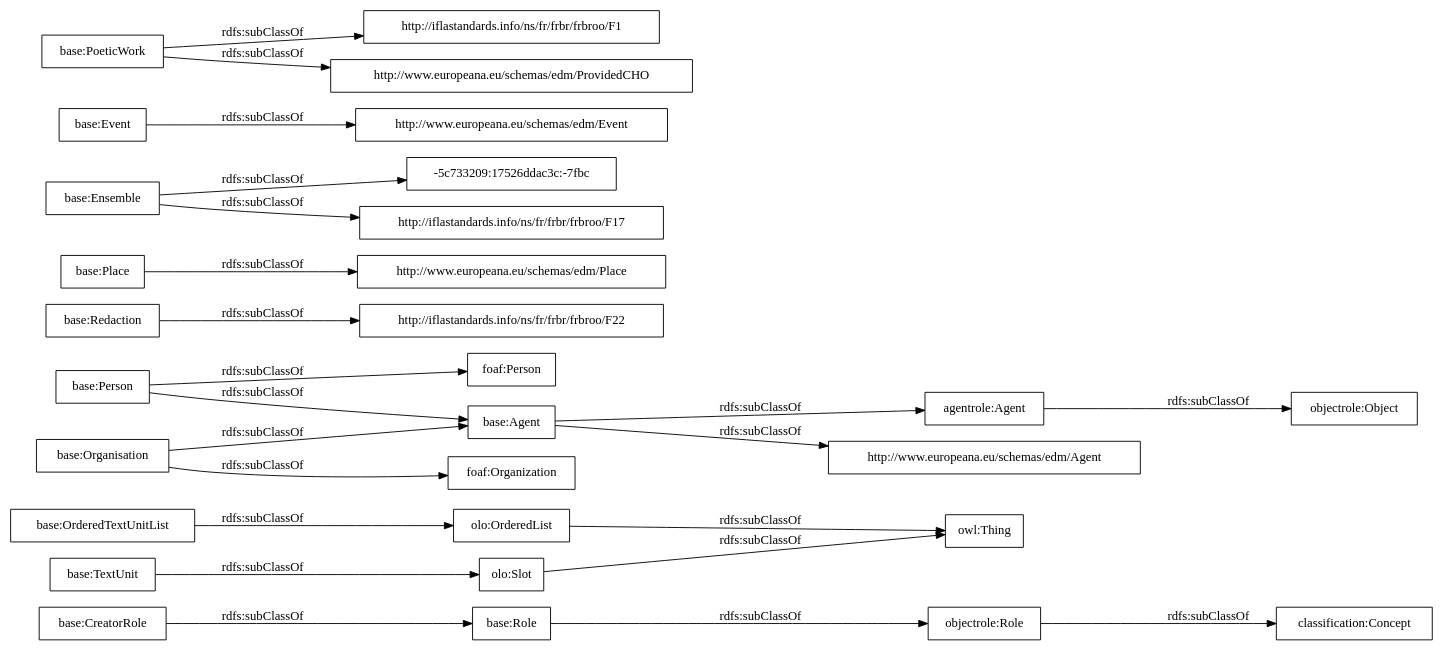
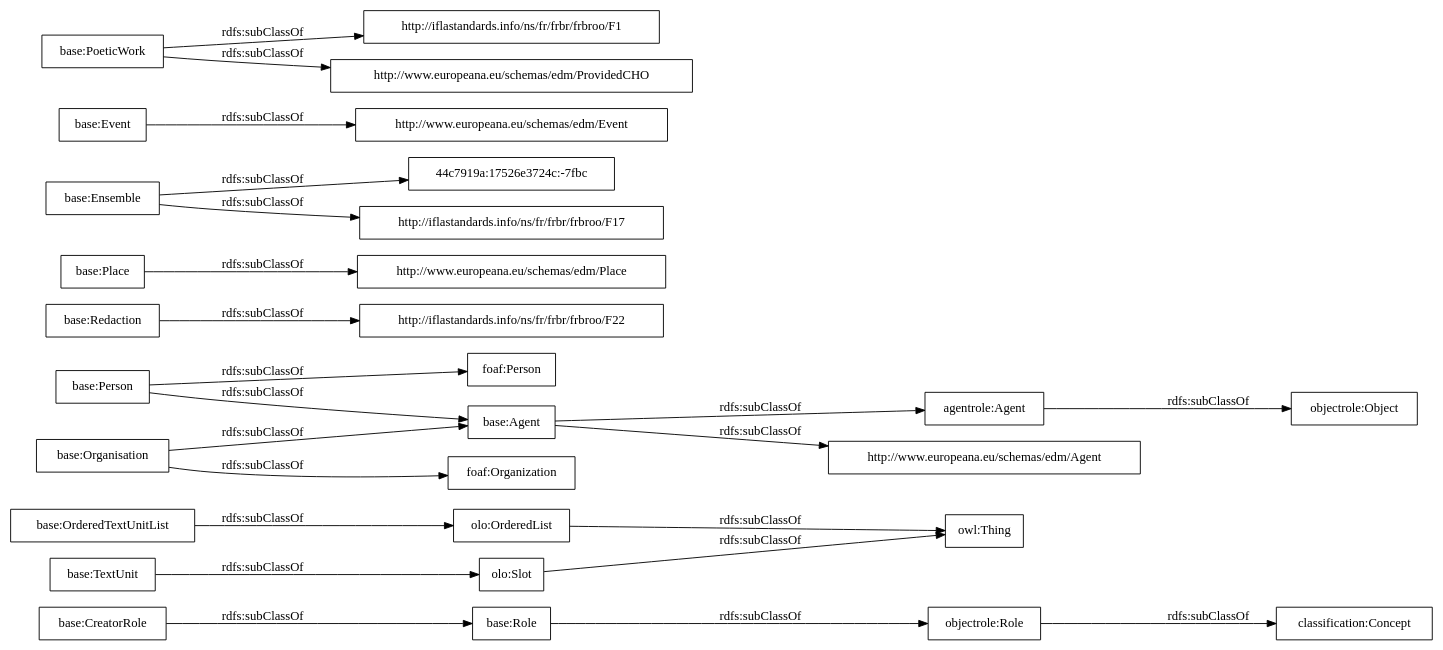
One commit to OnToologyUser/core-ontology-1 changed the diagram in OnToology/postdata-core.owl/diagrams/ar2dtool-taxonomy/postdata-core.owl.png.dot. Above: the diagram before and after it, drawn with Graphviz. The commit also changed 14 other files, not shown here.

```diff
--- a/OnToology/postdata-core.owl/diagrams/ar2dtool-taxonomy/postdata-core.owl.png.dot
+++ b/OnToology/postdata-core.owl/diagrams/ar2dtool-taxonomy/postdata-core.owl.png.dot
@@ -1,27 +1,27 @@
 digraph ar2dtool_diagram { 
 rankdir=LR;
 size="1000"
-node [shape = rectangle, color="black"]; "base:Role" "base:OrderedTextUnitList" "agentrole:Agent" "http://iflastandards.info/ns/fr/frbr/frbroo/F22" "http://www.europeana.eu/schemas/edm/Agent" "base:Agent" "base:CreatorRole" "base:Person" "base:Organisation" "http://www.europeana.eu/schemas/edm/Place" "base:Redaction" "base:Ensemble" "foaf:Person" "http://www.europeana.eu/schemas/edm/Event" "base:TextUnit" "http://iflastandards.info/ns/fr/frbr/frbroo/F1" "foaf:Organization" "-5c733209:17526ddac3c:-7fbc" "http://www.europeana.eu/schemas/edm/ProvidedCHO" "base:Place" "base:Event" "base:PoeticWork" "http://iflastandards.info/ns/fr/frbr/frbroo/F17" "owl:Thing" "objectrole:Role" "objectrole:Object" "olo:Slot" "olo:OrderedList" "classification:Concept" ; /*classes style*/
+node [shape = rectangle, color="black"]; "base:Role" "base:OrderedTextUnitList" "agentrole:Agent" "http://iflastandards.info/ns/fr/frbr/frbroo/F22" "http://www.europeana.eu/schemas/edm/Agent" "base:Agent" "base:CreatorRole" "base:Person" "base:Organisation" "http://www.europeana.eu/schemas/edm/Place" "base:Redaction" "base:Ensemble" "foaf:Person" "http://www.europeana.eu/schemas/edm/Event" "44c7919a:17526e3724c:-7fbc" "base:TextUnit" "http://iflastandards.info/ns/fr/frbr/frbroo/F1" "foaf:Organization" "http://www.europeana.eu/schemas/edm/ProvidedCHO" "base:Place" "base:Event" "base:PoeticWork" "http://iflastandards.info/ns/fr/frbr/frbroo/F17" "owl:Thing" "objectrole:Role" "objectrole:Object" "olo:Slot" "olo:OrderedList" "classification:Concept" ; /*classes style*/
 	"base:Redaction" -> "http://iflastandards.info/ns/fr/frbr/frbroo/F22" [ label = "rdfs:subClassOf" ];
 	"base:Role" -> "objectrole:Role" [ label = "rdfs:subClassOf" ];
 	"base:Event" -> "http://www.europeana.eu/schemas/edm/Event" [ label = "rdfs:subClassOf" ];
 	"base:Person" -> "foaf:Person" [ label = "rdfs:subClassOf" ];
 	"base:Person" -> "base:Agent" [ label = "rdfs:subClassOf" ];
 	"olo:OrderedList" -> "owl:Thing" [ label = "rdfs:subClassOf" ];
 	"olo:Slot" -> "owl:Thing" [ label = "rdfs:subClassOf" ];
 	"base:PoeticWork" -> "http://www.europeana.eu/schemas/edm/ProvidedCHO" [ label = "rdfs:subClassOf" ];
 	"base:PoeticWork" -> "http://iflastandards.info/ns/fr/frbr/frbroo/F1" [ label = "rdfs:subClassOf" ];
 	"base:TextUnit" -> "olo:Slot" [ label = "rdfs:subClassOf" ];
 	"agentrole:Agent" -> "objectrole:Object" [ label = "rdfs:subClassOf" ];
-	"base:Ensemble" -> "-5c733209:17526ddac3c:-7fbc" [ label = "rdfs:subClassOf" ];
+	"base:Ensemble" -> "44c7919a:17526e3724c:-7fbc" [ label = "rdfs:subClassOf" ];
 	"base:Ensemble" -> "http://iflastandards.info/ns/fr/frbr/frbroo/F17" [ label = "rdfs:subClassOf" ];
 	"base:OrderedTextUnitList" -> "olo:OrderedList" [ label = "rdfs:subClassOf" ];
 	"base:Agent" -> "agentrole:Agent" [ label = "rdfs:subClassOf" ];
 	"base:Agent" -> "http://www.europeana.eu/schemas/edm/Agent" [ label = "rdfs:subClassOf" ];
 	"objectrole:Role" -> "classification:Concept" [ label = "rdfs:subClassOf" ];
 	"base:Place" -> "http://www.europeana.eu/schemas/edm/Place" [ label = "rdfs:subClassOf" ];
 	"base:Organisation" -> "foaf:Organization" [ label = "rdfs:subClassOf" ];
 	"base:Organisation" -> "base:Agent" [ label = "rdfs:subClassOf" ];
 	"base:CreatorRole" -> "base:Role" [ label = "rdfs:subClassOf" ];
 
 }
```
